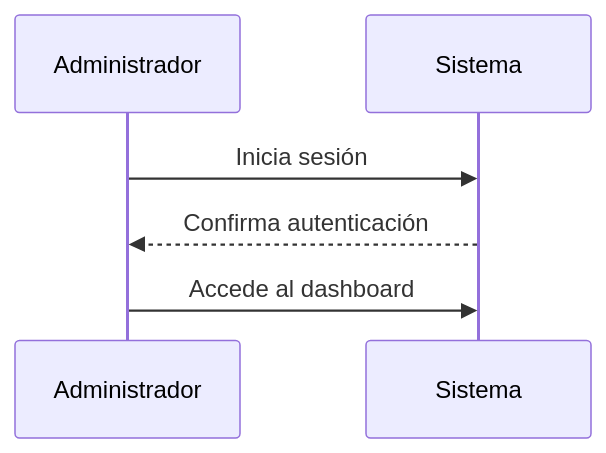
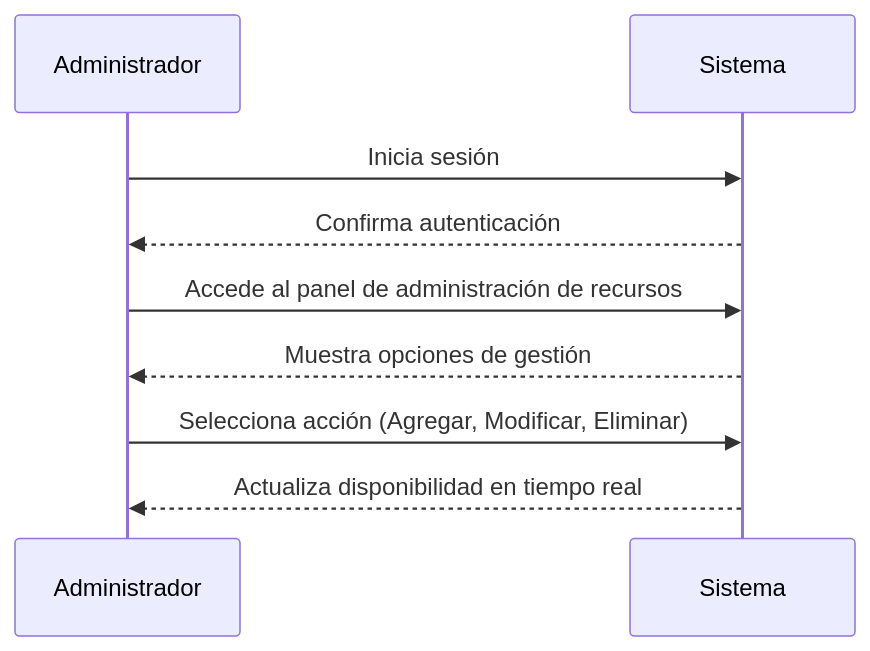
One commit to jose-angell/EventResourceReservationAppDocs changed the first of 4 diagrams in docs/use-case/resource-management.md. Above: the diagram before and after it, drawn with Mermaid. The commit also changed other lines of this file, not shown here.

````diff
--- a/docs/use-case/resource-management.md
+++ b/docs/use-case/resource-management.md
@@ -16,10 +21,16 @@
 ``` mermaid
 sequenceDiagram
     participant Administrador
     participant Sistema
 
     Administrador->>Sistema: Inicia sesión
     Sistema-->>Administrador: Confirma autenticación
 
-    Administrador->>Sistema: Accede al dashboard
+    Administrador->>Sistema: Accede al panel de administración de recursos
+    Sistema-->>Administrador: Muestra opciones de gestión
+
+    Administrador->>Sistema: Selecciona acción (Agregar, Modificar, Eliminar)
+
+    Sistema-->>Administrador: Actualiza disponibilidad en tiempo real
+
 ```
````
